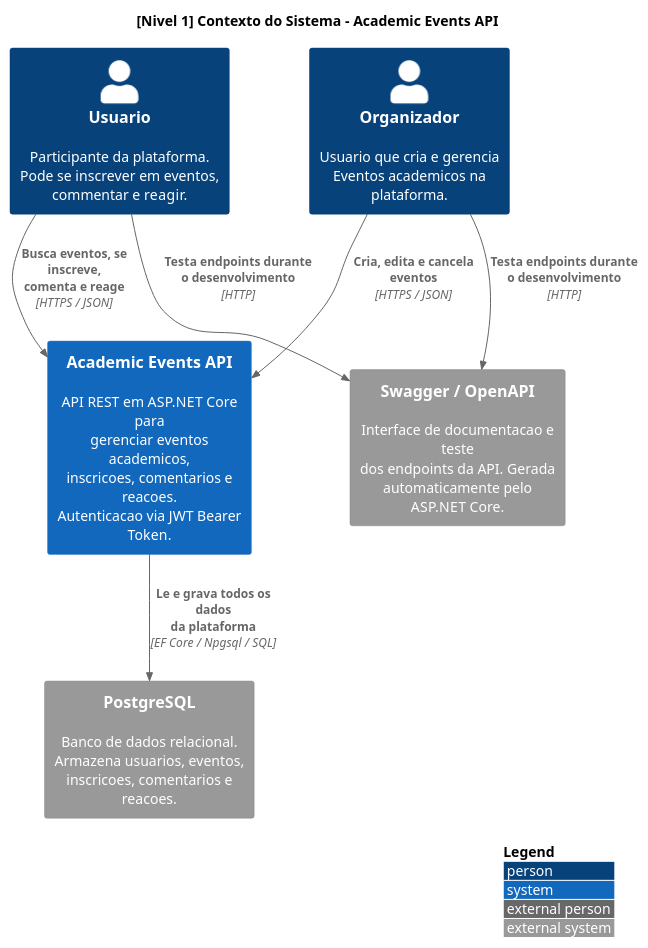
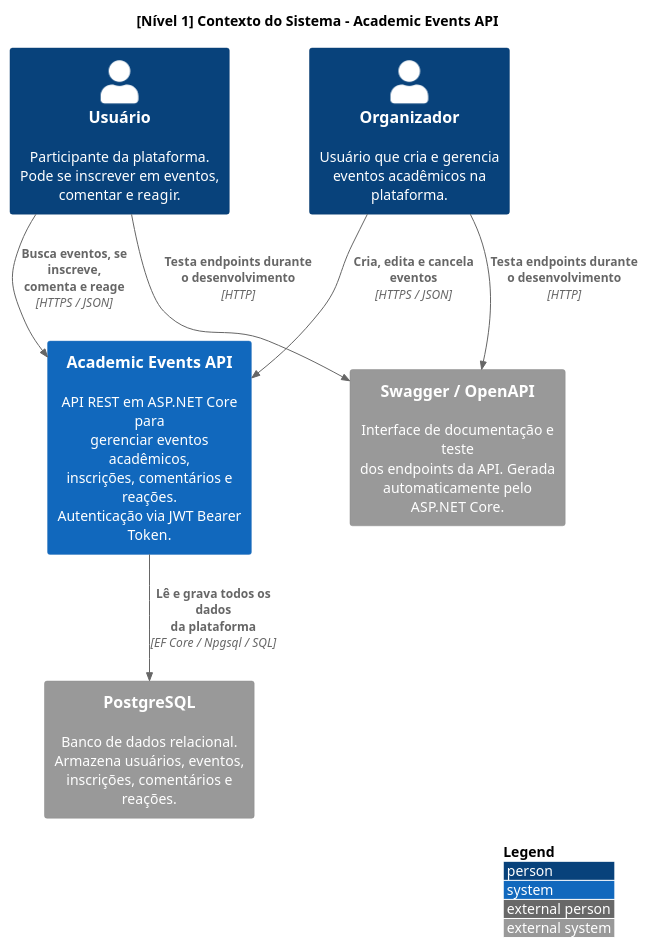
The diagram in docs/diagrams/c4_nivel1_contexto.puml (JulianaBallin/Academic-Events-API), drawn with PlantUML before and after one commit. The commit also changed 7 other files, not shown here.

```diff
--- a/docs/diagrams/c4_nivel1_contexto.puml
+++ b/docs/diagrams/c4_nivel1_contexto.puml
@@ -1,31 +1,31 @@
 @startuml c4_nivel1_contexto
 
 ' usa a lib oficial do C4 Model
 !include https://raw.githubusercontent.com/plantuml-stdlib/C4-PlantUML/master/C4_Context.puml
 
 LAYOUT_WITH_LEGEND()
 
-title [Nivel 1] Contexto do Sistema - Academic Events API
+title [Nível 1] Contexto do Sistema - Academic Events API
 
 ' atores externos que interagem com o sistema
-Person(usuario, "Usuario", "Participante da plataforma.\nPode se inscrever em eventos,\ncommentar e reagir.")
+Person(usuario, "Usuário", "Participante da plataforma.\nPode se inscrever em eventos,\ncomentar e reagir.")
 
-Person(organizador, "Organizador", "Usuario que cria e gerencia\nEventos academicos na plataforma.")
+Person(organizador, "Organizador", "Usuário que cria e gerencia\neventos acadêmicos na plataforma.")
 
 ' sistema principal que estamos documentando
-System(api, "Academic Events API", "API REST em ASP.NET Core para\ngerenciar eventos academicos,\ninscricoes, comentarios e reacoes.\nAutenticacao via JWT Bearer Token.")
+System(api, "Academic Events API", "API REST em ASP.NET Core para\ngerenciar eventos acadêmicos,\ninscrições, comentários e reações.\nAutenticação via JWT Bearer Token.")
 
-' sistema externo de persistencia
-System_Ext(postgres, "PostgreSQL", "Banco de dados relacional.\nArmazena usuarios, eventos,\ninscricoes, comentarios e reacoes.")
+' sistema externo de persistência
+System_Ext(postgres, "PostgreSQL", "Banco de dados relacional.\nArmazena usuários, eventos,\ninscrições, comentários e reações.")
 
-' sistema externo de documentacao (gerado automaticamente)
-System_Ext(swagger, "Swagger / OpenAPI", "Interface de documentacao e teste\ndos endpoints da API. Gerada\nautomaticamente pelo ASP.NET Core.")
+' sistema externo de documentação (gerado automaticamente)
+System_Ext(swagger, "Swagger / OpenAPI", "Interface de documentação e teste\ndos endpoints da API. Gerada\nautomaticamente pelo ASP.NET Core.")
 
 ' relacionamentos
 Rel(usuario, api, "Busca eventos, se inscreve,\ncomenta e reage", "HTTPS / JSON")
 Rel(organizador, api, "Cria, edita e cancela eventos", "HTTPS / JSON")
-Rel(api, postgres, "Le e grava todos os dados\nda plataforma", "EF Core / Npgsql / SQL")
+Rel(api, postgres, "Lê e grava todos os dados\nda plataforma", "EF Core / Npgsql / SQL")
 Rel(usuario, swagger, "Testa endpoints durante\no desenvolvimento", "HTTP")
 Rel(organizador, swagger, "Testa endpoints durante\no desenvolvimento", "HTTP")
 
 @enduml
```
